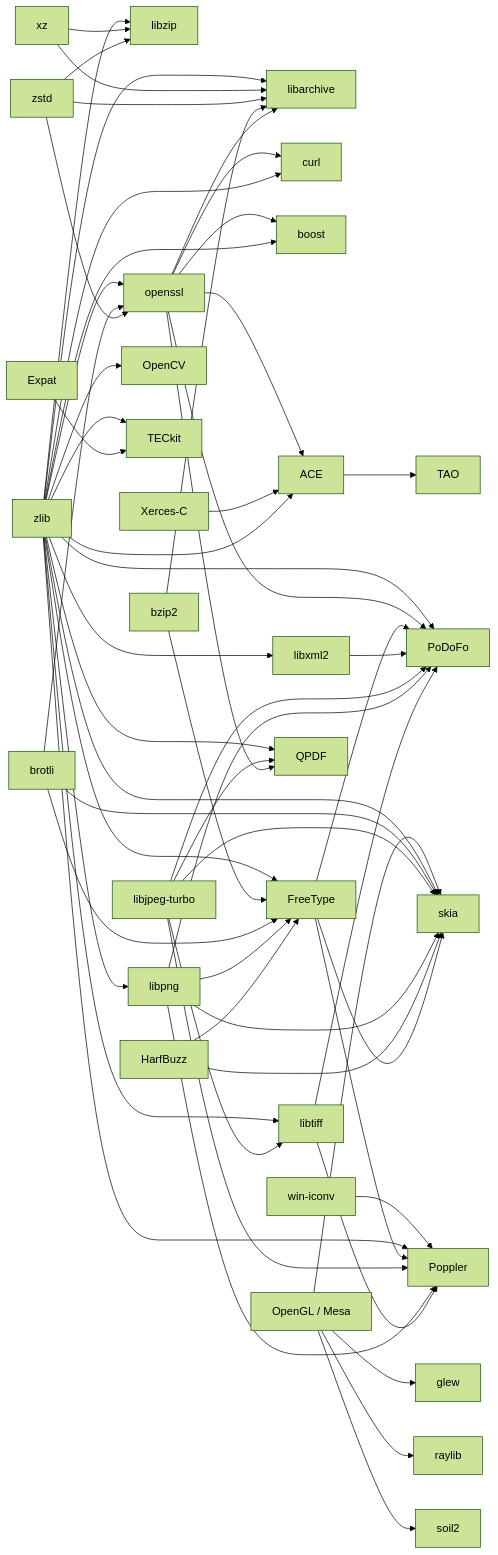
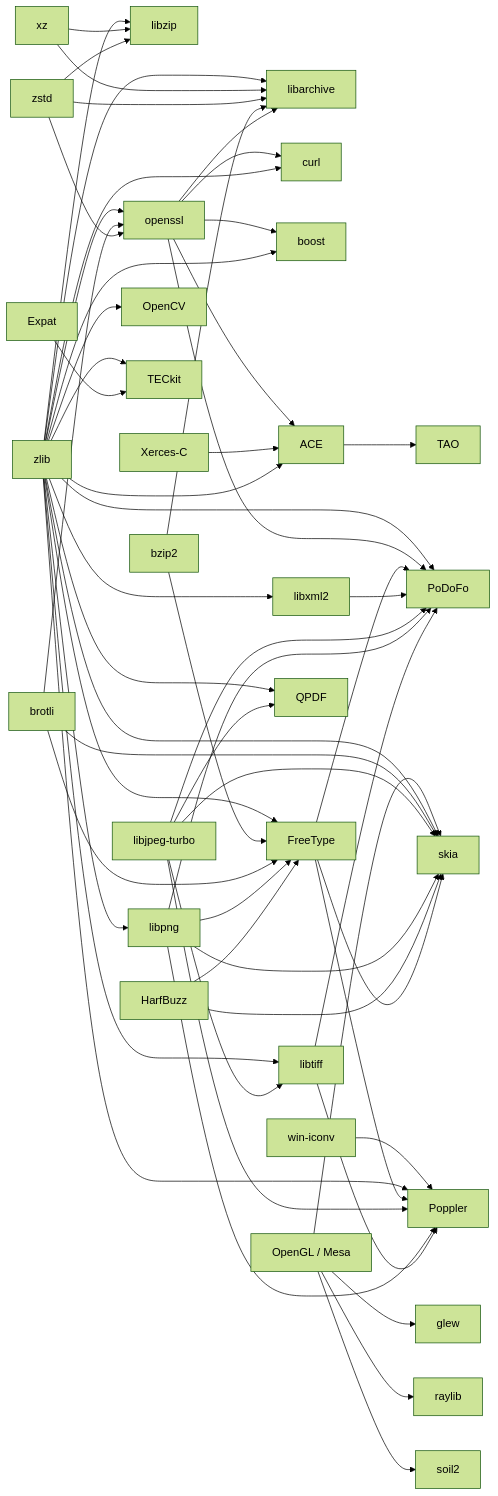
One commit to adeccscholar/BuildEngine-Admin changed the diagram in admin/server-docs/libraries.md. Above: the diagram before and after it, drawn with Mermaid (forest theme). The commit also changed other lines of this file, not shown here.

Commit message:
Document QPDF native crypto runtime closure

````diff
--- a/admin/server-docs/libraries.md
+++ b/admin/server-docs/libraries.md
@@ -37,75 +37,74 @@
 ```mermaid
 flowchart LR
    zlib --> libzip
    xz --> libzip
    zstd --> libzip
 
    zlib --> libarchive
    xz --> libarchive
    zstd --> libarchive
    bzip2 --> libarchive
    openssl --> libarchive
 
    zlib --> openssl
    brotli --> openssl
    zstd --> openssl
 
    openssl --> curl
    zlib --> curl
 
    openssl --> boost
    zlib --> boost
 
    openssl --> ace[ACE]
    xerces[Xerces-C] --> ace
    zlib --> ace
    ace --> tao[TAO]
 
    opengl[OpenGL / Mesa] --> glew
    opengl --> raylib
    opengl --> soil2
 
    zlib --> libpng
    zlib --> libtiff
    jpeg[libjpeg-turbo] --> libtiff
 
    zlib --> freetype[FreeType]
    bzip2 --> freetype
    brotli --> freetype
    libpng --> freetype
    harfbuzz[HarfBuzz] --> freetype
 
    opengl --> skia
    zlib --> skia
    brotli --> skia
    jpeg --> skia
    libpng --> skia
    harfbuzz --> skia
    freetype --> skia
 
    zlib --> opencv[OpenCV]
 
    zlib --> teckit[TECkit]
    expat[Expat] --> teckit
 
    winiconv[win-iconv] --> poppler
    zlib --> libxml2[libxml2]
 
    zlib --> qpdf[QPDF]
    jpeg --> qpdf
-   openssl --> qpdf
 
    zlib --> podofo[PoDoFo]
    openssl --> podofo
    freetype --> podofo
    libxml2 --> podofo
    jpeg --> podofo
    libpng --> podofo
    libtiff --> podofo
 
    zlib --> poppler[Poppler]
    freetype --> poppler
    jpeg --> poppler
    libpng --> poppler
    libtiff --> poppler
 ```
````
